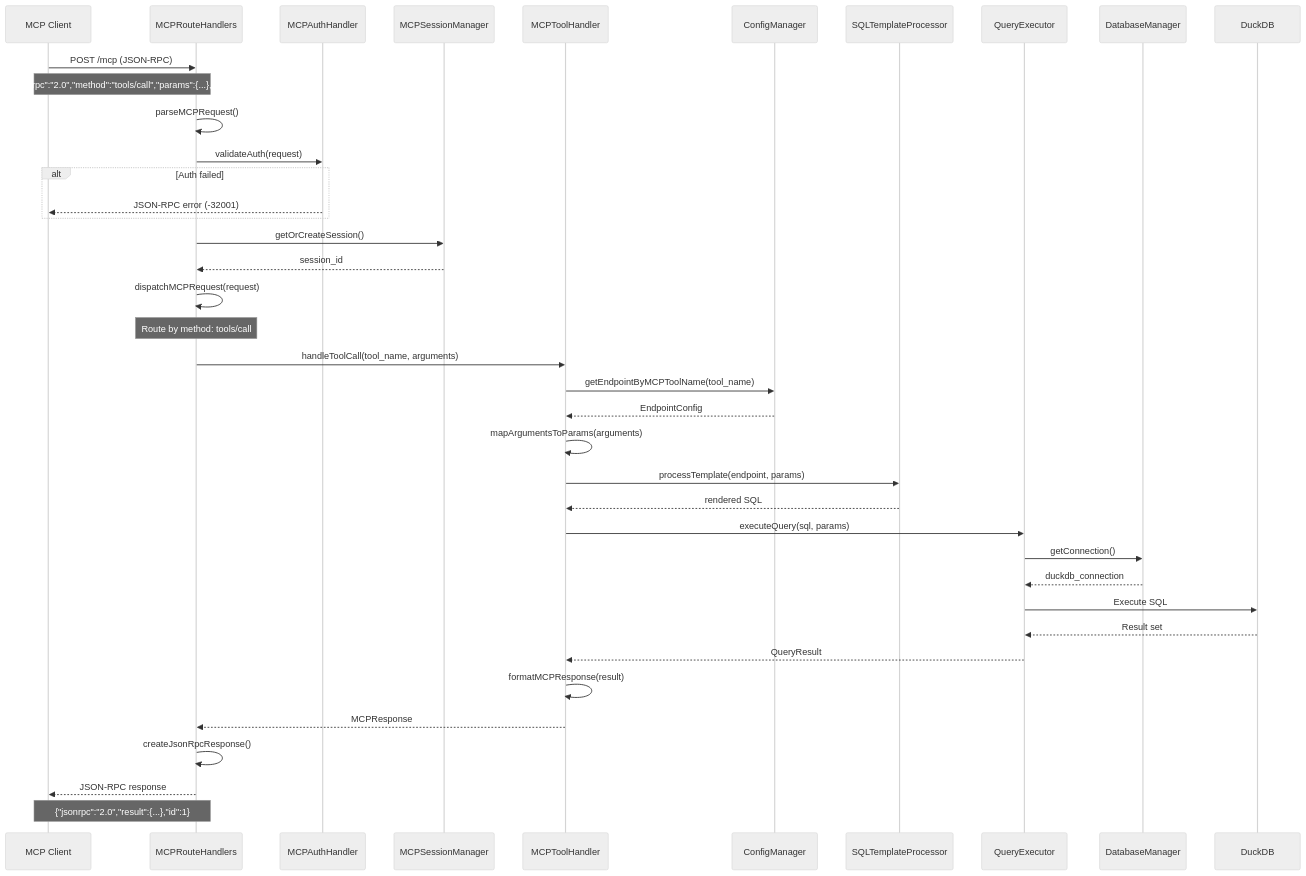
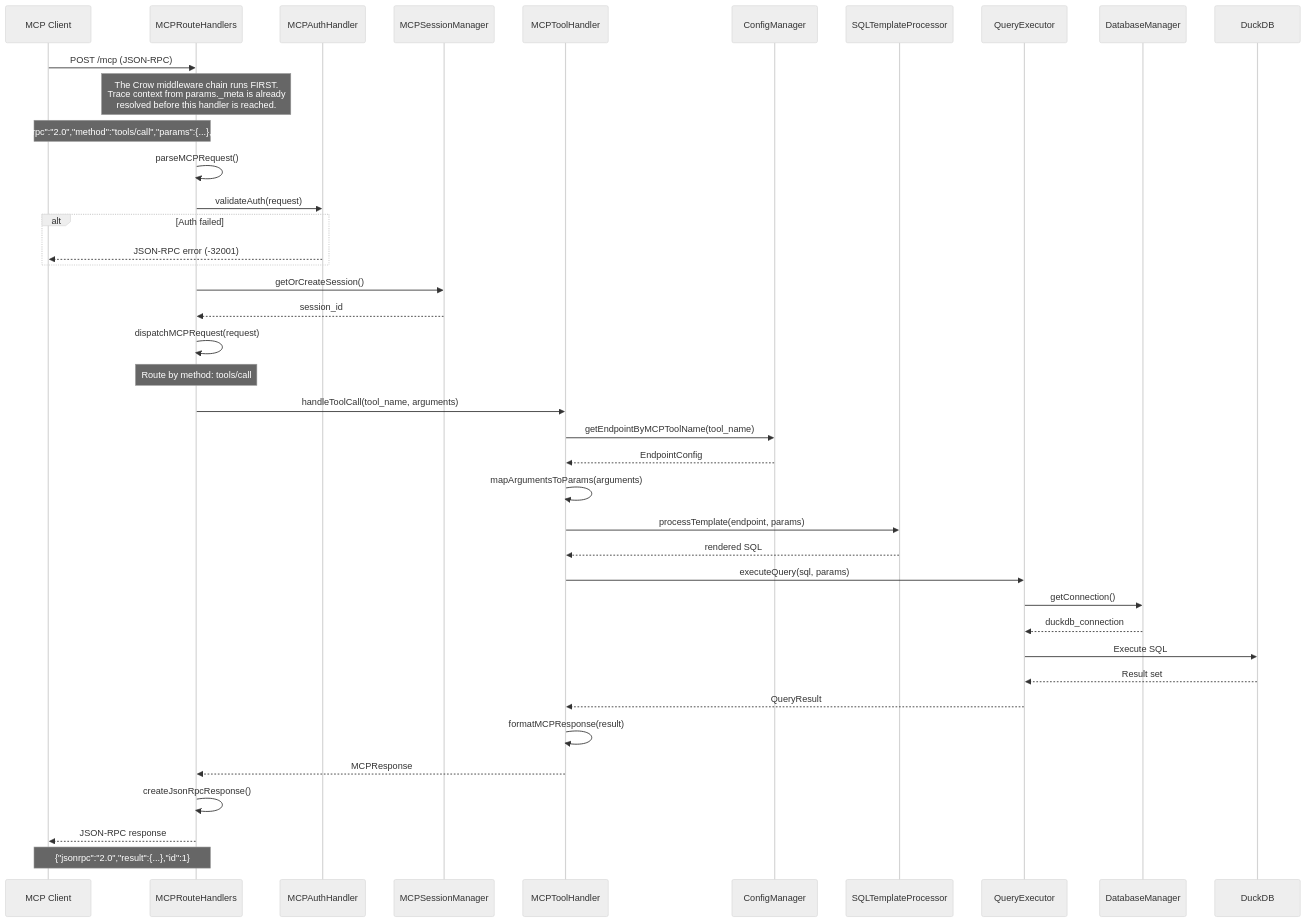
One commit to DataZooDE/flapi changed the second of 3 diagrams in docs/spec/REQUEST_LIFECYCLE.md. Above: the diagram before and after it, drawn with Mermaid (neutral theme). The commit also changed other lines of this file and 190 other files, not shown here.

````diff
--- a/docs/spec/REQUEST_LIFECYCLE.md
+++ b/docs/spec/REQUEST_LIFECYCLE.md
@@ -199,50 +260,51 @@
 ```mermaid
 sequenceDiagram
     participant Client as MCP Client
     participant MRH as MCPRouteHandlers
     participant Auth as MCPAuthHandler
     participant SM as MCPSessionManager
     participant MTH as MCPToolHandler
     participant CM as ConfigManager
     participant STP as SQLTemplateProcessor
     participant QE as QueryExecutor
     participant DM as DatabaseManager
     participant DuckDB
 
     Client->>MRH: POST /mcp (JSON-RPC)
+    Note over MRH: The Crow middleware chain runs FIRST.<br/>Trace context from params._meta is already<br/>resolved before this handler is reached.
     Note over Client,MRH: {"jsonrpc":"2.0","method":"tools/call","params":{...},"id":1}
 
     MRH->>MRH: parseMCPRequest()
     MRH->>Auth: validateAuth(request)
     alt Auth failed
         Auth-->>Client: JSON-RPC error (-32001)
     end
 
     MRH->>SM: getOrCreateSession()
     SM-->>MRH: session_id
 
     MRH->>MRH: dispatchMCPRequest(request)
     Note over MRH: Route by method: tools/call
 
     MRH->>MTH: handleToolCall(tool_name, arguments)
     MTH->>CM: getEndpointByMCPToolName(tool_name)
     CM-->>MTH: EndpointConfig
 
     MTH->>MTH: mapArgumentsToParams(arguments)
     MTH->>STP: processTemplate(endpoint, params)
     STP-->>MTH: rendered SQL
 
     MTH->>QE: executeQuery(sql, params)
     QE->>DM: getConnection()
     DM-->>QE: duckdb_connection
     QE->>DuckDB: Execute SQL
     DuckDB-->>QE: Result set
     QE-->>MTH: QueryResult
 
     MTH->>MTH: formatMCPResponse(result)
     MTH-->>MRH: MCPResponse
 
     MRH->>MRH: createJsonRpcResponse()
     MRH-->>Client: JSON-RPC response
     Note over Client,MRH: {"jsonrpc":"2.0","result":{...},"id":1}
 ```
````
